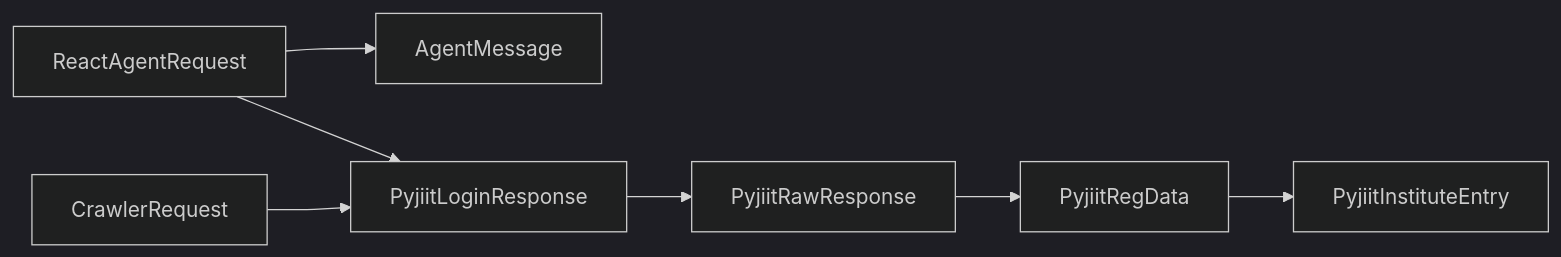
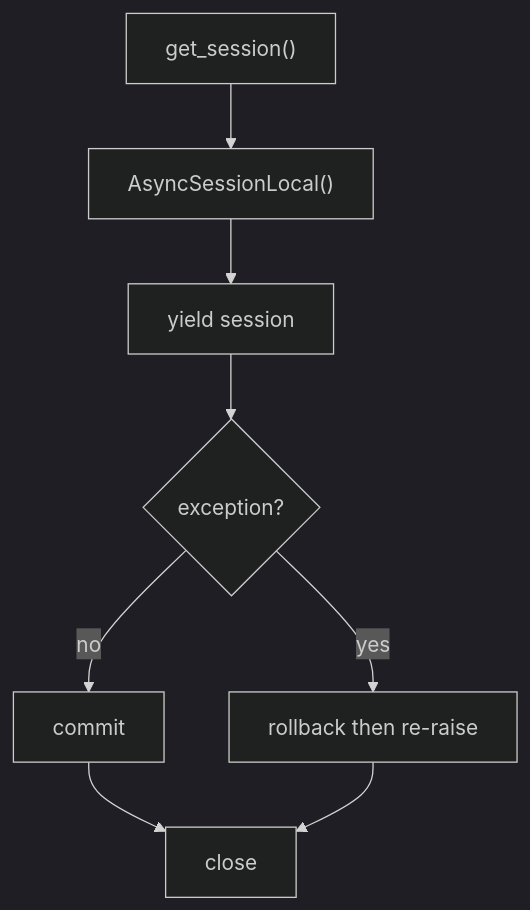
Before and after one commit to tashifkhan/tashif.codes: the fourth of 5 diagrams in src/data/docs/agentic-browser/Data Models and Schemas/Data Models and Schemas.md, drawn with Mermaid (dark theme). The commit also changed other lines of this file and 114 other files, not shown here.

````diff
--- a/src/data/docs/agentic-browser/Data Models and Schemas/Data Models and Schemas.md
+++ b/src/data/docs/agentic-browser/Data Models and Schemas/Data Models and Schemas.md
@@ -428,9 +112,10 @@
 ```mermaid
-graph LR
-RA["ReactAgentRequest"] --> AM["AgentMessage"]
-RA --> PLR["PyjiitLoginResponse"]
-CR["CrawlerRequest"] --> PLR
-PLR --> PRR["PyjiitRawResponse"]
-PRR --> PRD["PyjiitRegData"]
-PRD --> PIE["PyjiitInstituteEntry"]
+flowchart TD
+  A["get_session()"] --> B["AsyncSessionLocal()"]
+  B --> C["yield session"]
+  C --> D{"exception?"}
+  D -->|"no"| E["commit"]
+  D -->|"yes"| F["rollback then re-raise"]
+  E --> G["close"]
+  F --> G
 ```
````
